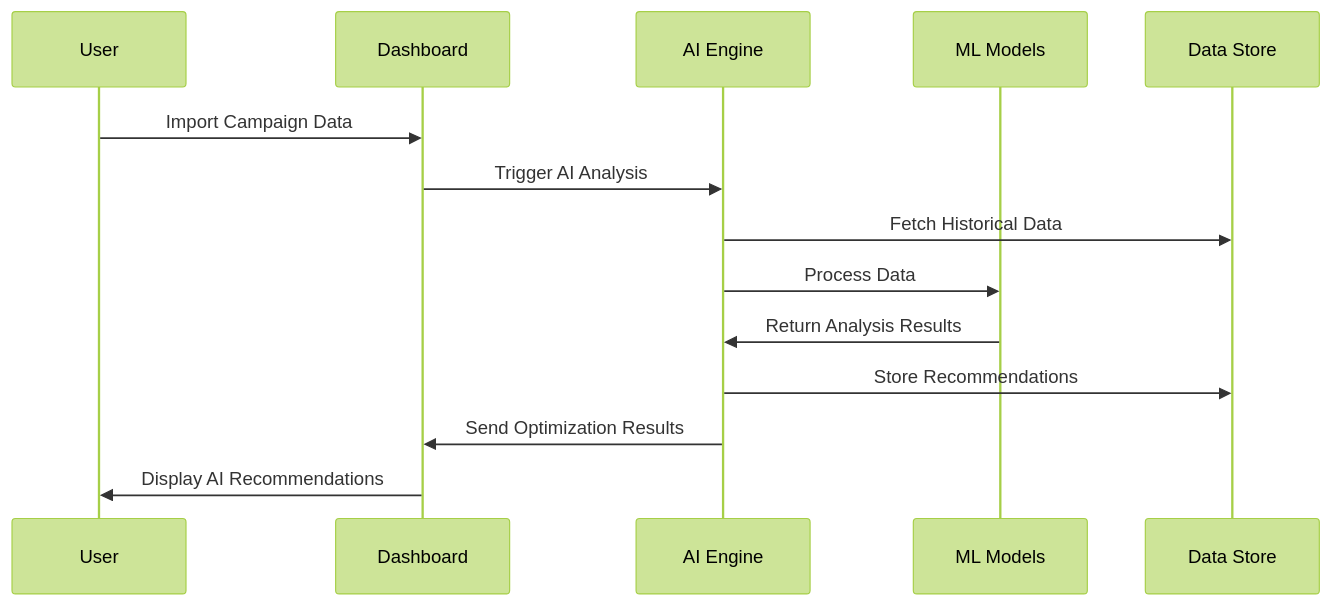
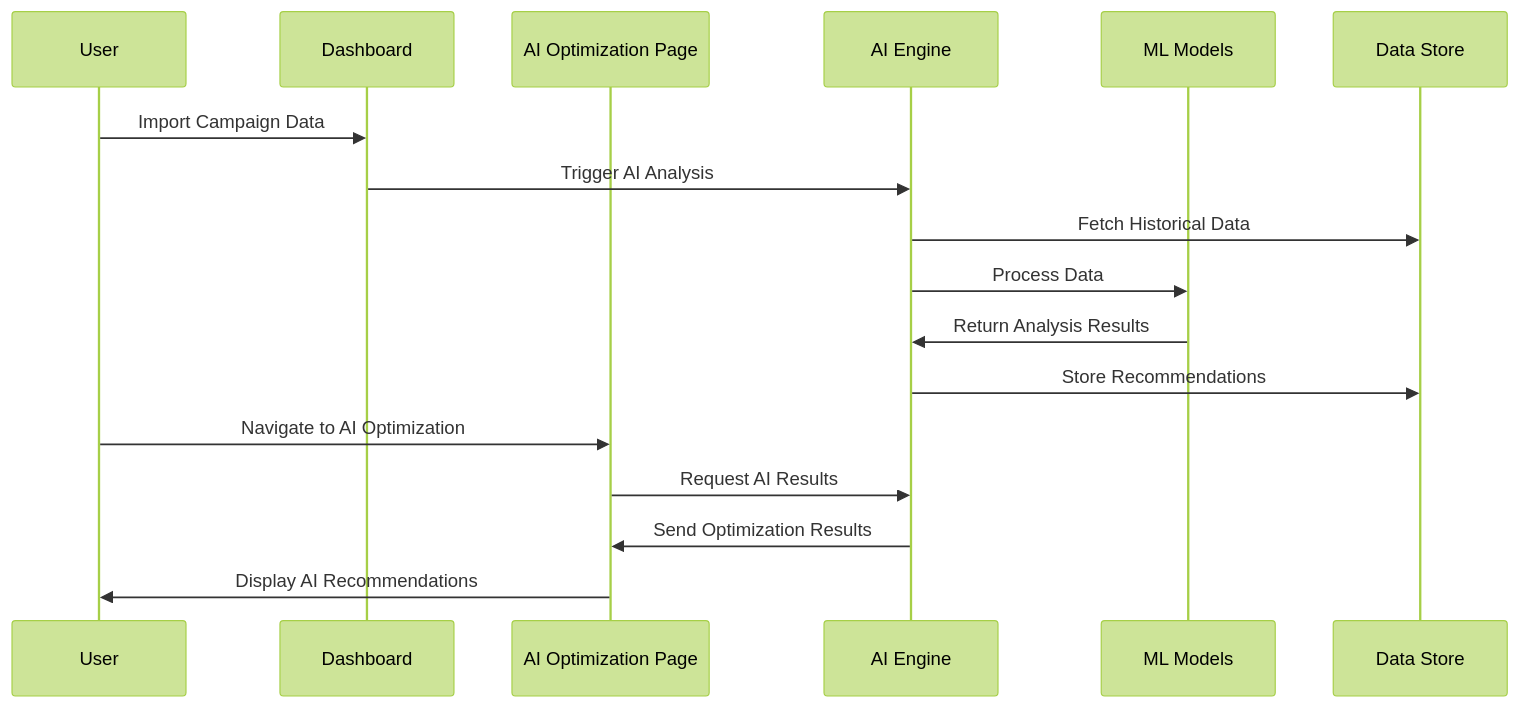
The second of 2 diagrams in .kiro/specs/ai-campaign-optimization/design.md (myhit051/affilitics-me-0819sp), drawn with Mermaid (forest theme) before and after one commit. The commit also changed other lines of this file and 24 other files, not shown here.

````diff
--- a/.kiro/specs/ai-campaign-optimization/design.md
+++ b/.kiro/specs/ai-campaign-optimization/design.md
@@ -43,17 +49,20 @@
 ```mermaid
 sequenceDiagram
     participant U as User
     participant D as Dashboard
+    participant AIP as AI Optimization Page
     participant AI as AI Engine
     participant ML as ML Models
     participant DB as Data Store
     
     U->>D: Import Campaign Data
     D->>AI: Trigger AI Analysis
     AI->>DB: Fetch Historical Data
     AI->>ML: Process Data
     ML->>AI: Return Analysis Results
     AI->>DB: Store Recommendations
-    AI->>D: Send Optimization Results
-    D->>U: Display AI Recommendations
+    U->>AIP: Navigate to AI Optimization
+    AIP->>AI: Request AI Results
+    AI->>AIP: Send Optimization Results
+    AIP->>U: Display AI Recommendations
 ```
````
